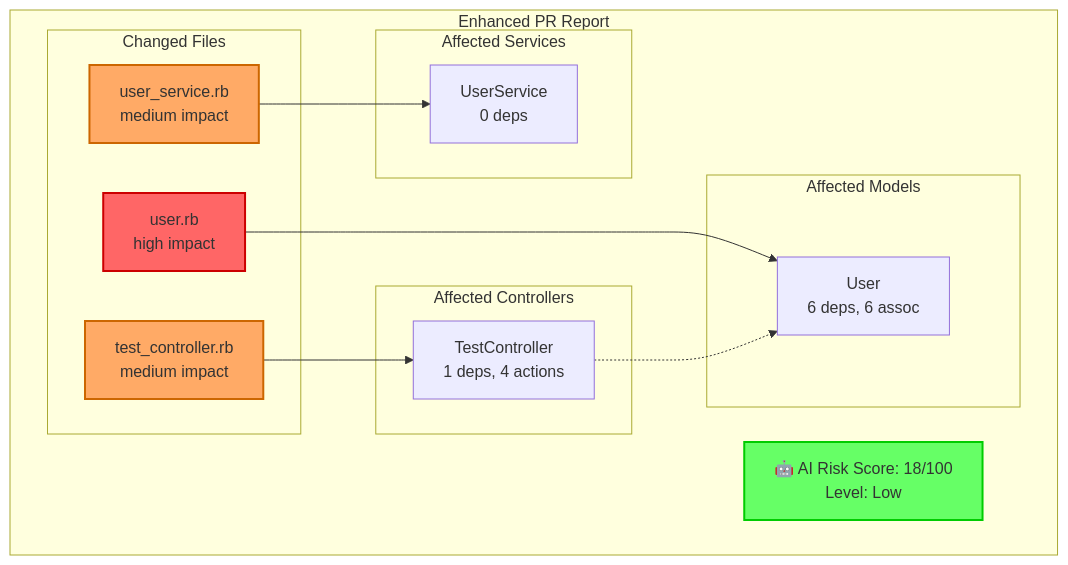
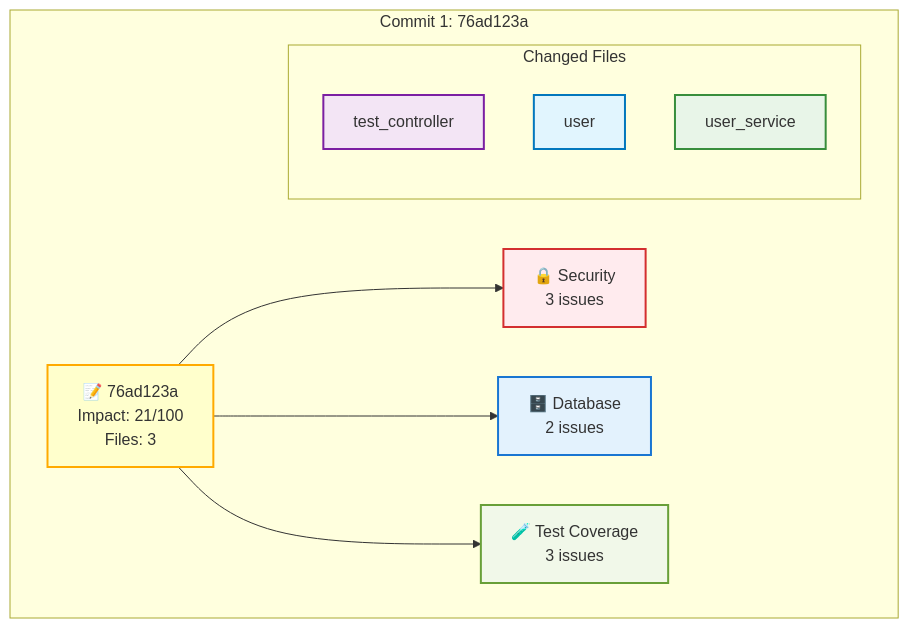
The second of 7 diagrams in docs/system-diagrams/reports/github_comment.md (a3alani/system-visualizer-demo), drawn with Mermaid before and after one commit. The commit also changed other lines of this file and 18 other files, not shown here.

Commit message:
Add embedded commit visuals to GitHub PR comments - Revolutionary commit-level analysis system

````diff
--- a/docs/system-diagrams/reports/github_comment.md
+++ b/docs/system-diagrams/reports/github_comment.md
@@ -30,42 +50,31 @@
 ```mermaid
 graph TD
-  subgraph "Enhanced PR Report"
-    AIRisk["🤖 AI Risk Score: 18/100<br/>Level: Low"]:::lowRisk
+  subgraph "Commit 1: 76ad123a"
+    CommitInfo["📝 76ad123a<br/>Impact: 21/100<br/>Files: 3"]:::mediumRisk
     subgraph "Changed Files"
-      app_controllers_test_controller_rb[test_controller.rb<br/>medium impact]:::mediumImpact
-      app_models_user_rb[user.rb<br/>high impact]:::highImpact
-      app_services_user_service_rb[user_service.rb<br/>medium impact]:::mediumImpact
+      test_controller[test_controller]:::controllerFile
+      user[user]:::modelFile
+      user_service[user_service]:::serviceFile
     end
-
-    subgraph "Affected Models"
-      User[User<br/>6 deps, 6 assoc]
-    end
-
-    subgraph "Affected Controllers"
-      TestController[TestController<br/>1 deps, 4 actions]
-    end
-
-    subgraph "Affected Services"
-      UserService[UserService<br/>0 deps]
-    end
-
+    SecurityRisks["🔒 Security<br/>3 issues"]:::securityRisk
+    CommitInfo --> SecurityRisks
+    DatabaseRisks["🗄️ Database<br/>2 issues"]:::databaseRisk
+    CommitInfo --> DatabaseRisks
+    Test_coverageRisks["🧪 Test Coverage<br/>3 issues"]:::test_coverageRisk
+    CommitInfo --> Test_coverageRisks
   end
 
-  %% Direct file changes
-  app_controllers_test_controller_rb --> TestController
-  app_models_user_rb --> User
-  app_services_user_service_rb --> UserService
-  %% Dependency relationships
-  TestController -.-> User
+  classDef lowRisk fill:#ccffcc,stroke:#00cc00,stroke-width:2px
+  classDef mediumRisk fill:#ffffcc,stroke:#ffaa00,stroke-width:2px
+  classDef highRisk fill:#ffcccc,stroke:#ff6600,stroke-width:2px
+  classDef criticalRisk fill:#ff6666,stroke:#cc0000,stroke-width:3px
+  classDef modelFile fill:#e1f5fe,stroke:#0277bd,stroke-width:2px
+  classDef controllerFile fill:#f3e5f5,stroke:#7b1fa2,stroke-width:2px
+  classDef serviceFile fill:#e8f5e8,stroke:#388e3c,stroke-width:2px
+  classDef workerFile fill:#fff3e0,stroke:#f57c00,stroke-width:2px
+  classDef securityRisk fill:#ffebee,stroke:#d32f2f,stroke-width:2px
+  classDef performanceRisk fill:#fff8e1,stroke:#ffa000,stroke-width:2px
+  classDef databaseRisk fill:#e3f2fd,stroke:#1976d2,stroke-width:2px
+  classDef test_coverageRisk fill:#f1f8e9,stroke:#689f38,stroke-width:2px
 
-  classDef highImpact fill:#ff6666,stroke:#cc0000,stroke-width:2px
-  classDef mediumImpact fill:#ffaa66,stroke:#cc6600,stroke-width:2px
-  classDef lowImpact fill:#66ff66,stroke:#00cc00,stroke-width:2px
-  classDef highComplexity fill:#ffcccc,stroke:#ff6666,stroke-width:2px
-  classDef mediumComplexity fill:#ffffcc,stroke:#ffaa66,stroke-width:2px
-  classDef lowComplexity fill:#ccffcc,stroke:#66ff66,stroke-width:2px
-  classDef criticalRisk fill:#cc0000,stroke:#990000,stroke-width:3px,color:#ffffff
-  classDef highRisk fill:#ff3333,stroke:#cc0000,stroke-width:2px
-  classDef mediumRisk fill:#ffaa66,stroke:#cc6600,stroke-width:2px
-  classDef lowRisk fill:#66ff66,stroke:#00cc00,stroke-width:2px
 ```
````
